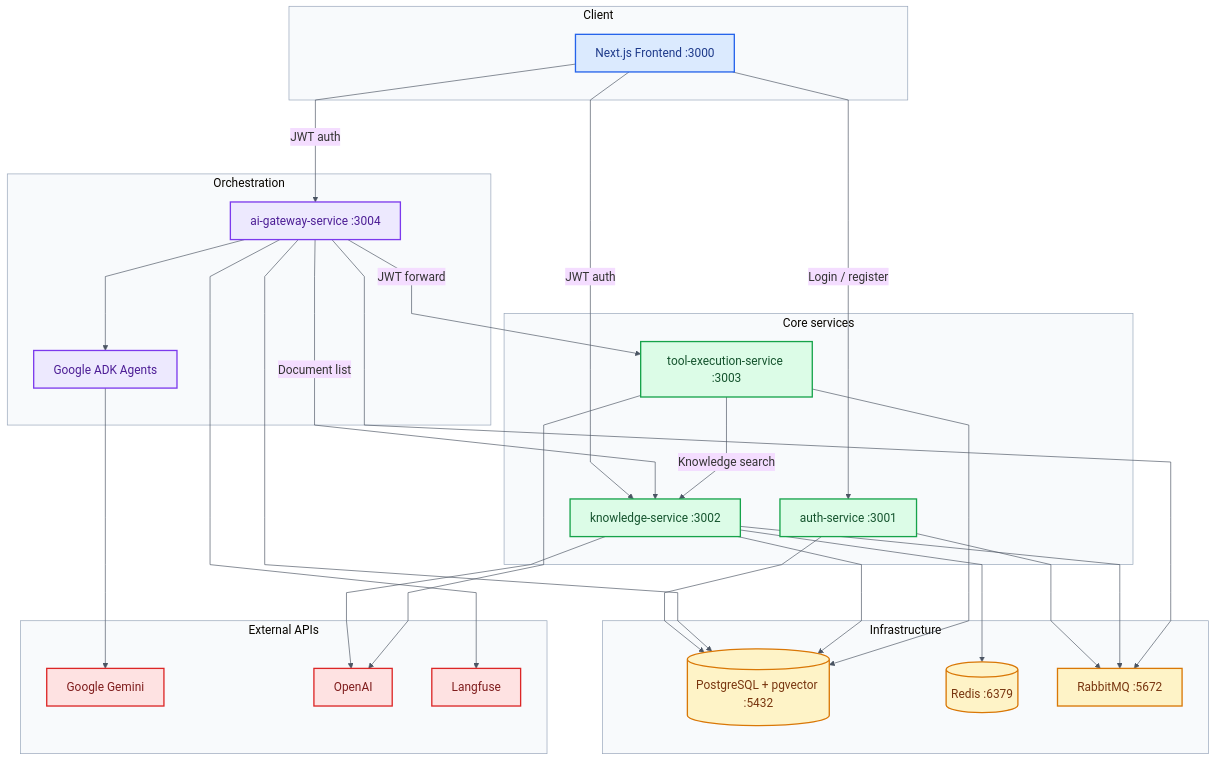
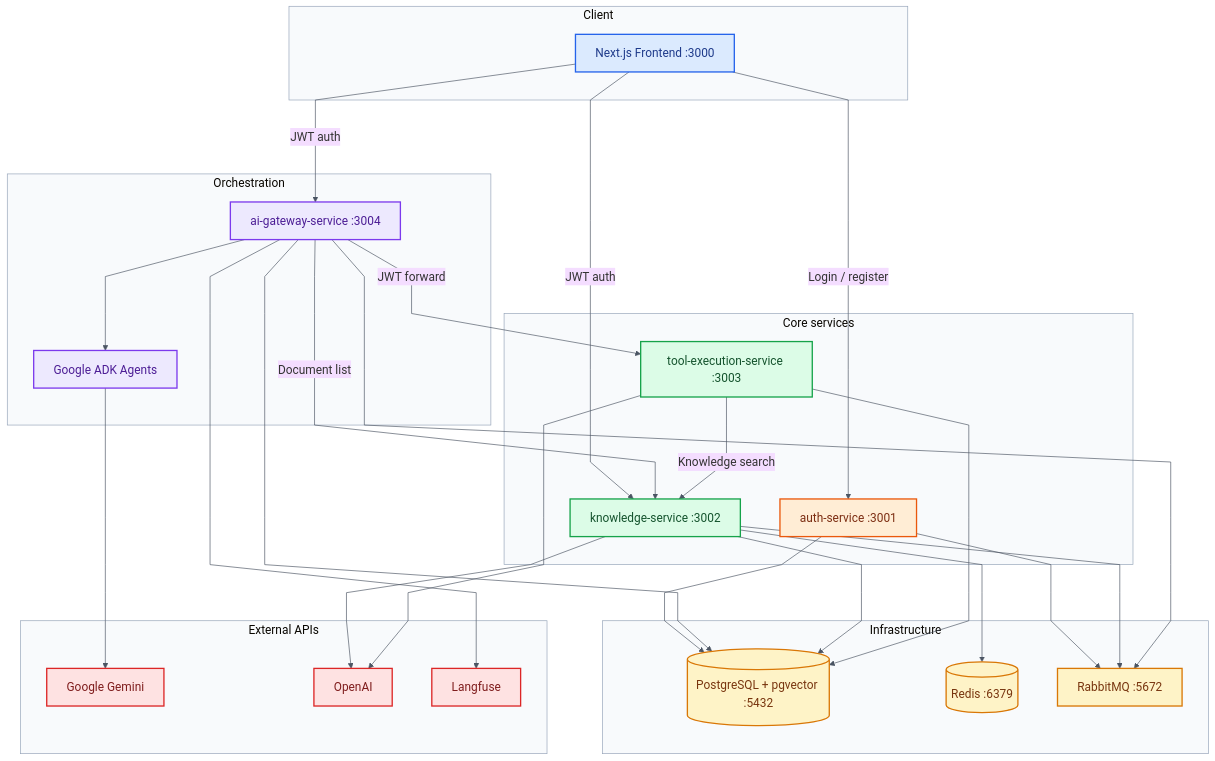
The first of 2 diagrams in README.md (Danilka-Akarawita/Assignment), drawn with Mermaid before and after one commit.

Commit message:
modifed the diagrams

````diff
--- a/README.md
+++ b/README.md
@@ -34,67 +34,69 @@
 ```mermaid
 %%{init: {'theme':'base','flowchart': {'curve':'linear','nodeSpacing': 60,'rankSpacing': 85},'themeVariables': {'fontFamily':'Arial','fontSize':'18px','lineColor':'#4b5563','clusterBkg':'#f8fafc','clusterBorder':'#94a3b8'}}}%%
 flowchart TB
   subgraph client [Client]
     FE[Next.js Frontend :3000]
   end
 
   subgraph gateway [Orchestration]
     GW[ai-gateway-service :3004]
     ADK[Google ADK Agents]
     GW --> ADK
   end
 
   subgraph core [Core services]
     AUTH[auth-service :3001]
     KNOW[knowledge-service :3002]
     TOOLS[tool-execution-service :3003]
   end
 
   subgraph infra [Infrastructure]
     PG[(PostgreSQL + pgvector :5432)]
     REDIS[(Redis :6379)]
     RMQ[RabbitMQ :5672]
   end
 
   subgraph external [External APIs]
     GEMINI[Google Gemini]
     OPENAI[OpenAI]
     LF[Langfuse]
   end
 
   FE -->|Login / register| AUTH
   FE -->|JWT auth| GW
   FE -->|JWT auth| KNOW
 
   GW -->|Document list| KNOW
   GW -->|JWT forward| TOOLS
   TOOLS -->|Knowledge search| KNOW
 
   AUTH --> PG
   GW --> PG
   KNOW --> PG
   TOOLS --> PG
 
   KNOW --> REDIS
   KNOW --> OPENAI
   TOOLS --> OPENAI
 
   AUTH --> RMQ
   KNOW --> RMQ
   GW --> RMQ
 
   ADK --> GEMINI
   GW --> LF
 
-  classDef client fill:#dbeafe,stroke:#2563eb,color:#1e3a8a,stroke-width:2px;
-  classDef orchestration fill:#ede9fe,stroke:#7c3aed,color:#4c1d95,stroke-width:2px;
-  classDef service fill:#dcfce7,stroke:#16a34a,color:#14532d,stroke-width:2px;
-  classDef infra fill:#fef3c7,stroke:#d97706,color:#78350f,stroke-width:2px;
+  classDef ui fill:#dbeafe,stroke:#2563eb,color:#1e3a8a,stroke-width:2px;
+  classDef auth fill:#ffedd5,stroke:#ea580c,color:#7c2d12,stroke-width:2px;
+  classDef gateway fill:#ede9fe,stroke:#7c3aed,color:#4c1d95,stroke-width:2px;
+  classDef services fill:#dcfce7,stroke:#16a34a,color:#14532d,stroke-width:2px;
+  classDef storage fill:#fef3c7,stroke:#d97706,color:#78350f,stroke-width:2px;
   classDef external fill:#fee2e2,stroke:#dc2626,color:#7f1d1d,stroke-width:2px;
 
-  class FE client;
-  class GW,ADK orchestration;
-  class AUTH,KNOW,TOOLS service;
-  class PG,REDIS,RMQ infra;
+  class FE ui;
+  class AUTH auth;
+  class GW,ADK gateway;
+  class KNOW,TOOLS services;
+  class PG,REDIS,RMQ storage;
   class GEMINI,OPENAI,LF external;
 ```
````
